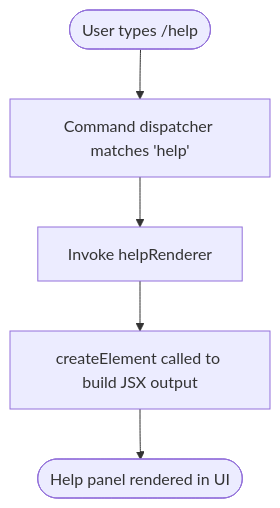
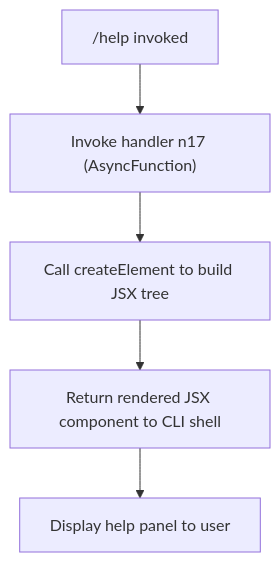
One commit to MyLittleLuckyDog/cc-gnothi changed the diagram in versions/v2.1.143/help.md. Above: the diagram before and after it, drawn with Mermaid. The commit also changed other lines of this file and 483 other files, not shown here.

````diff
--- a/versions/v2.1.143/help.md
+++ b/versions/v2.1.143/help.md
@@ -46,7 +57,7 @@
 ```mermaid
 flowchart TD
-    A([User types /help]) --> B[Command dispatcher matches 'help']
-    B --> C[Invoke helpRenderer]
-    C --> D[createElement called to build JSX output]
-    D --> E([Help panel rendered in UI])
+    A["/help invoked"] --> B["Invoke handler n17 (AsyncFunction)"]
+    B --> C["Call createElement to build JSX tree"]
+    C --> D["Return rendered JSX component to CLI shell"]
+    D --> E["Display help panel to user"]
 ```
````
